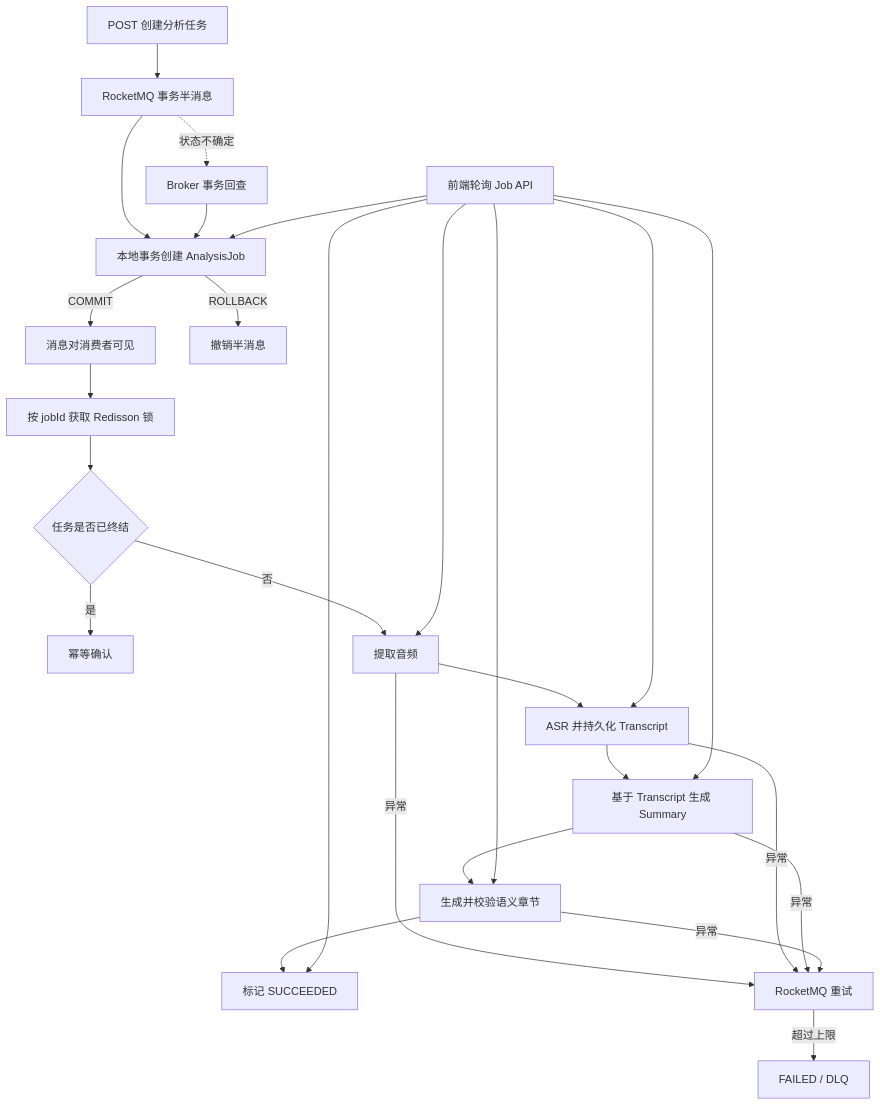
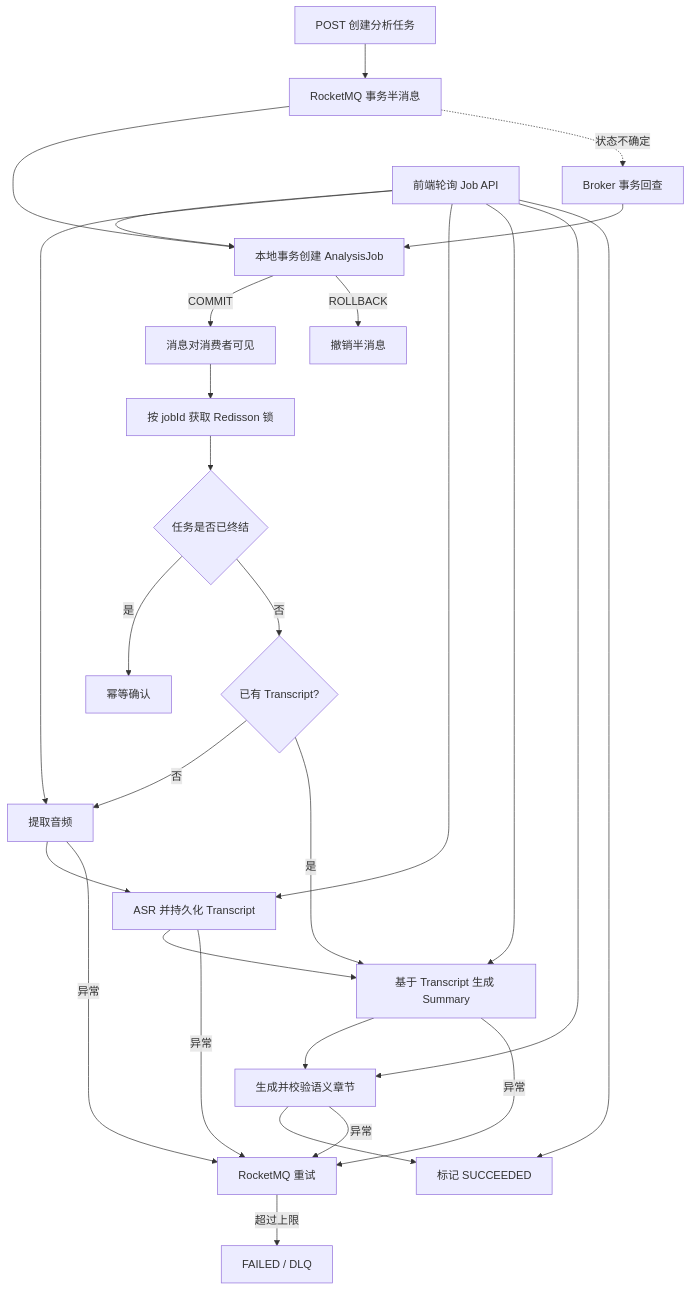
The diagram in README.md (yumestk/VedioMind), drawn with Mermaid before and after one commit. The commit also changed other lines of this file and 27 other files, not shown here.

````diff
--- a/README.md
+++ b/README.md
@@ -37,31 +39,33 @@
 ```mermaid
 flowchart TD
     A[POST 创建分析任务] --> B[RocketMQ 事务半消息]
     B --> C[本地事务创建 AnalysisJob]
     C -->|COMMIT| D[消息对消费者可见]
     C -->|ROLLBACK| E[撤销半消息]
     B -. 状态不确定 .-> F[Broker 事务回查]
     F --> C
 
     D --> G[按 jobId 获取 Redisson 锁]
     G --> H{任务是否已终结}
     H -->|是| I[幂等确认]
-    H -->|否| J[提取音频]
+    H -->|否| R{已有 Transcript?}
+    R -->|否| J[提取音频]
     J --> K[ASR 并持久化 Transcript]
+    R -->|是| L
     K --> L[基于 Transcript 生成 Summary]
     L --> Q[生成并校验语义章节]
     Q --> M[标记 SUCCEEDED]
 
     J -->|异常| N[RocketMQ 重试]
     K -->|异常| N
     L -->|异常| N
     Q -->|异常| N
     N -->|超过上限| O[FAILED / DLQ]
 
     P[前端轮询 Job API] --> C
     P --> J
     P --> K
     P --> L
     P --> Q
     P --> M
 ```
````
